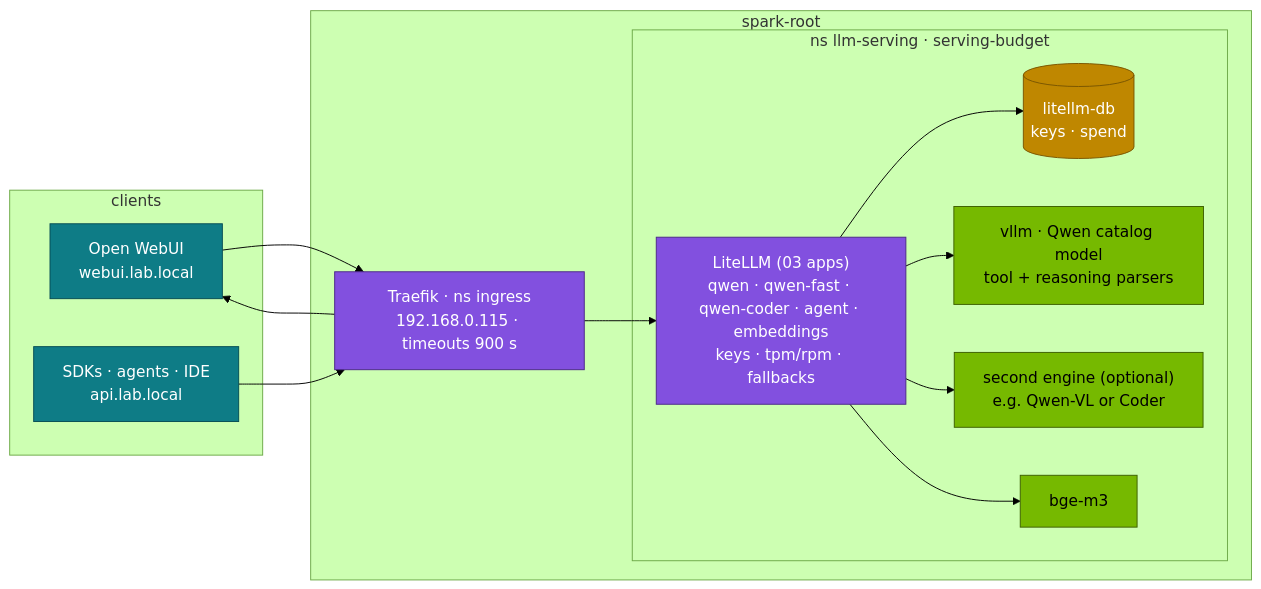
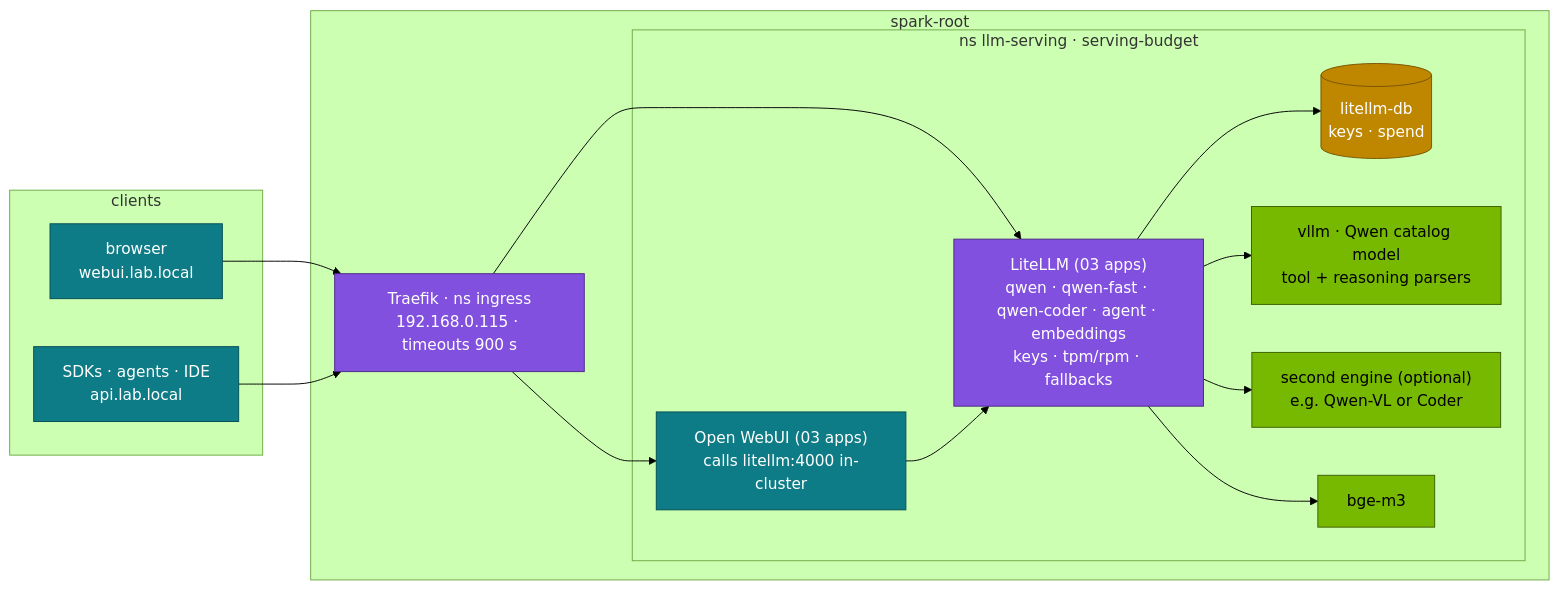
The first of 2 diagrams in 04-Qwen/12-open-webui-and-litellm.md (cloudone365/technical-depth), drawn with Mermaid (forest theme) before and after one commit. The commit also changed other lines of this file and 91 other files, not shown here.

First line of the commit message:
Docs audit 01-04: fix mistakes found against the lab files; step-by-step flows

````diff
--- a/04-Qwen/12-open-webui-and-litellm.md
+++ b/04-Qwen/12-open-webui-and-litellm.md
@@ -31,31 +31,33 @@
 ```mermaid
 flowchart LR
   subgraph CL["clients"]
-    UI["Open WebUI<br/>webui.lab.local"]
+    BR["browser<br/>webui.lab.local"]
     SDK["SDKs · agents · IDE<br/>api.lab.local"]
   end
   subgraph ROOT["spark-root"]
     TR["Traefik · ns ingress<br/>192.168.0.115 · timeouts 900 s"]
     subgraph LLMS["ns llm-serving · serving-budget"]
+      UI["Open WebUI (03 apps)<br/>calls litellm:4000 in-cluster"]
       LL["LiteLLM (03 apps)<br/>qwen · qwen-fast · qwen-coder · agent · embeddings<br/>keys · tpm/rpm · fallbacks"]
       PG[("litellm-db<br/>keys · spend")]
       V["vllm · Qwen catalog model<br/>tool + reasoning parsers"]
       V2["second engine (optional)<br/>e.g. Qwen-VL or Coder"]
       E["bge-m3"]
     end
   end
-  UI --> TR
+  BR --> TR
   SDK --> TR
   TR --> LL
   TR --> UI
+  UI --> LL
   LL --> PG
   LL --> V & V2 & E
   classDef gpu fill:#76b900,stroke:#3d6000,color:#000
   classDef net fill:#8250df,stroke:#4c2889,color:#fff
   classDef store fill:#bf8700,stroke:#7a5600,color:#fff
   classDef host fill:#0e7c86,stroke:#064e54,color:#fff
   class V,V2,E gpu
   class TR,LL net
   class PG store
-  class UI,SDK host
+  class UI,BR,SDK host
 ```
````
